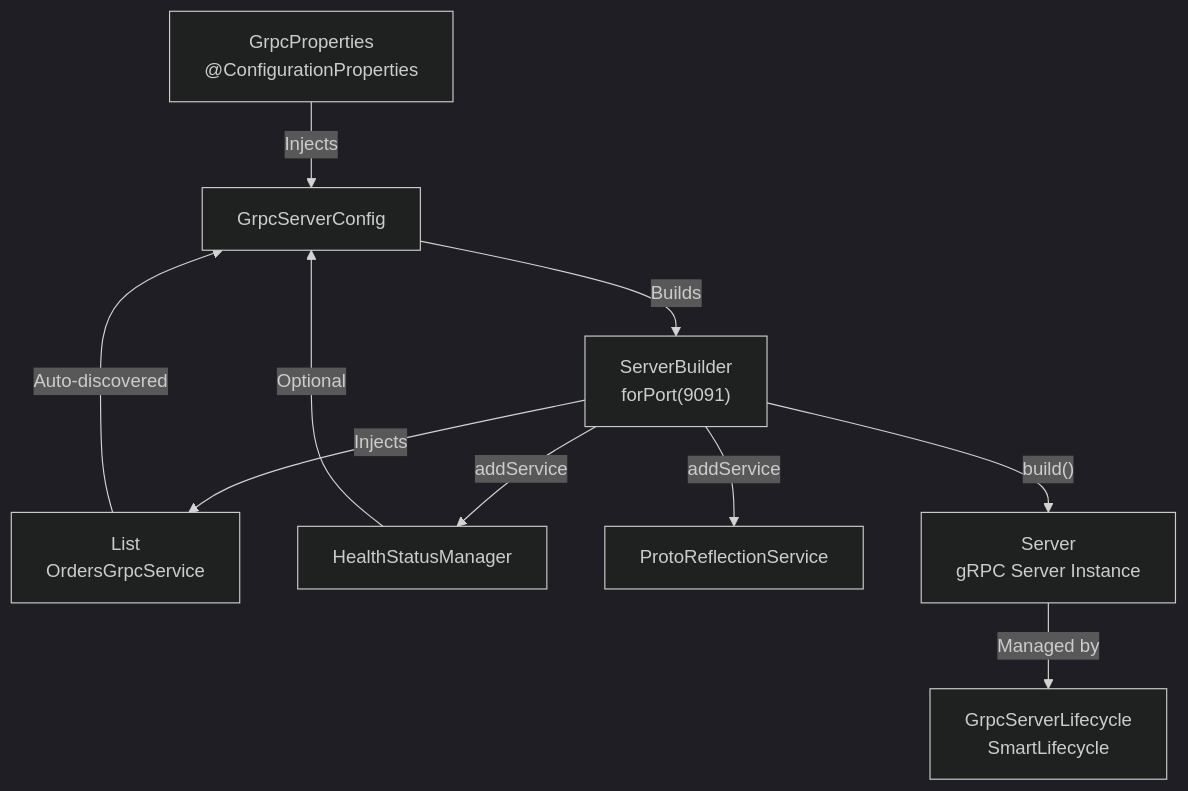
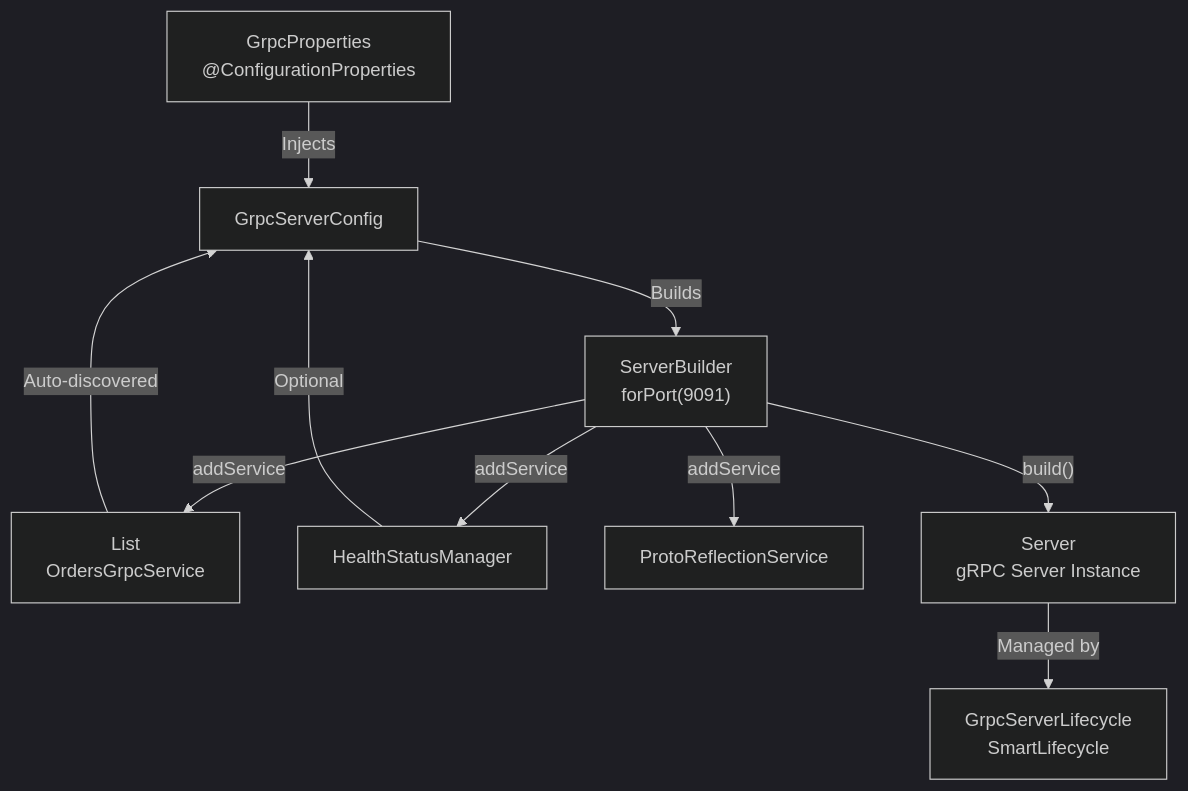
One commit to philipz/spring-modular-monolith changed the third of 8 diagrams in docs/deepwiki/Config-Module.md. Above: the diagram before and after it, drawn with Mermaid (dark theme). The commit also changed other lines of this file and 32 other files, not shown here.

````diff
--- a/docs/deepwiki/Config-Module.md
+++ b/docs/deepwiki/Config-Module.md
@@ -204,22 +204,22 @@
 ```mermaid
 flowchart TD
 
 GrpcProps["GrpcProperties<br>@ConfigurationProperties"]
 GrpcServerCfg["GrpcServerConfig"]
 ServerBuilder["ServerBuilder<br>forPort(9091)"]
 BindableServices["List<br>OrdersGrpcService"]
 HealthMgr["HealthStatusManager"]
 ReflectionSvc["ProtoReflectionService"]
 GrpcServer["Server<br>gRPC Server Instance"]
 Lifecycle["GrpcServerLifecycle<br>SmartLifecycle"]
 
 GrpcProps -->|"Injects"| GrpcServerCfg
 BindableServices -->|"Auto-discovered"| GrpcServerCfg
 HealthMgr -->|"Optional"| GrpcServerCfg
 GrpcServerCfg -->|"Builds"| ServerBuilder
-ServerBuilder -->|"Injects"| BindableServices
+ServerBuilder -->|"addService"| BindableServices
 ServerBuilder -->|"addService"| HealthMgr
 ServerBuilder -->|"addService"| ReflectionSvc
 ServerBuilder -->|"build()"| GrpcServer
 GrpcServer -->|"Managed by"| Lifecycle
 ```
````
